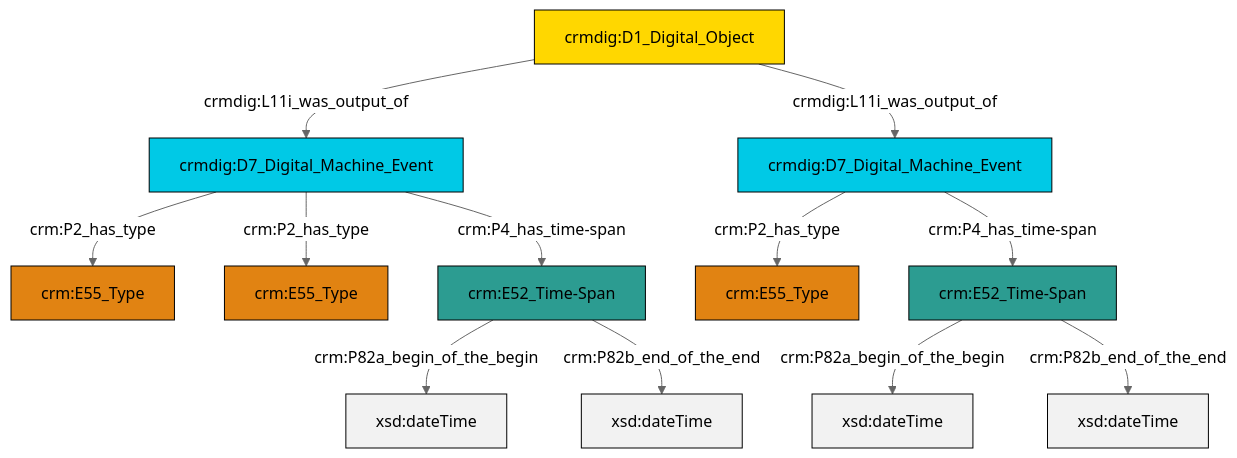
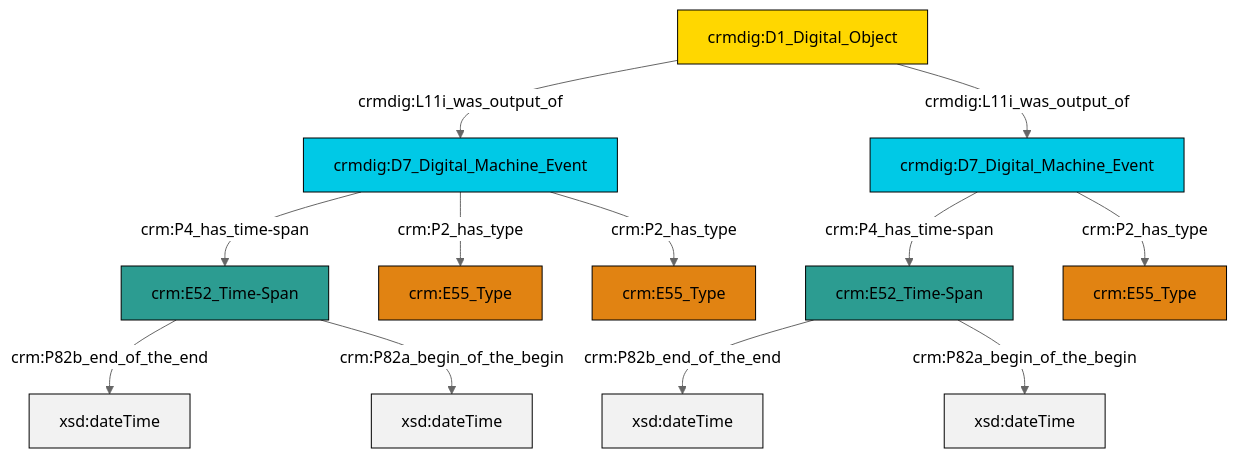
Before and after one commit to swiss-art-research-net/docs.swissartresearch: the diagram in et/doCSV/ttl/mmd/do_existence.ttl.mmd, drawn with Mermaid (neutral theme). The commit also changed 180 other files, not shown here.

```diff
--- a/et/doCSV/ttl/mmd/do_existence.ttl.mmd
+++ b/et/doCSV/ttl/mmd/do_existence.ttl.mmd
@@ -1,26 +1,26 @@
 graph TD
 classDef Literal fill:#f2f2f2,stroke:#000000;
 classDef CRM_Entity fill:#FFFFFF,stroke:#000000;
 classDef Temporal_Entity fill:#00C9E6, stroke:#000000;
 classDef Type fill:#E18312, stroke:#000000;
 classDef Time-Span fill:#2C9C91, stroke:#000000;
 classDef Appellation fill:#FFEB7F, stroke:#000000;
 classDef Place fill:#008836, stroke:#000000;
 classDef Persistent_Item fill:#B266B2, stroke:#000000;
 classDef Conceptual_Object fill:#FFD700, stroke:#000000;
 classDef Physical_Thing fill:#D2B48C, stroke:#000000;
 classDef Actor fill:#f58aad, stroke:#000000;
 classDef PC_Classes fill:#4ce600, stroke:#000000;
 classDef Multi fill:#cccccc,stroke:#000000;
 
-2["crmdig:D7_Digital_Machine_Event"]:::Temporal_Entity -->|crm:P2_has_type| 3["crm:E55_Type"]:::Type
-4["crm:E52_Time-Span"]:::Time-Span -->|crm:P82a_begin_of_the_begin| 5[xsd:dateTime]:::Literal
-7["crm:E52_Time-Span"]:::Time-Span -->|crm:P82a_begin_of_the_begin| 8[xsd:dateTime]:::Literal
-2["crmdig:D7_Digital_Machine_Event"]:::Temporal_Entity -->|crm:P4_has_time-span| 7["crm:E52_Time-Span"]:::Time-Span
-14["crmdig:D7_Digital_Machine_Event"]:::Temporal_Entity -->|crm:P2_has_type| 10["crm:E55_Type"]:::Type
-17["crmdig:D1_Digital_Object"]:::Conceptual_Object -->|crmdig:L11i_was_output_of| 14["crmdig:D7_Digital_Machine_Event"]:::Temporal_Entity
-14["crmdig:D7_Digital_Machine_Event"]:::Temporal_Entity -->|crm:P2_has_type| 0["crm:E55_Type"]:::Type
-4["crm:E52_Time-Span"]:::Time-Span -->|crm:P82b_end_of_the_end| 20[xsd:dateTime]:::Literal
-17["crmdig:D1_Digital_Object"]:::Conceptual_Object -->|crmdig:L11i_was_output_of| 2["crmdig:D7_Digital_Machine_Event"]:::Temporal_Entity
-7["crm:E52_Time-Span"]:::Time-Span -->|crm:P82b_end_of_the_end| 22[xsd:dateTime]:::Literal
-14["crmdig:D7_Digital_Machine_Event"]:::Temporal_Entity -->|crm:P4_has_time-span| 4["crm:E52_Time-Span"]:::Time-Span
+0["crmdig:D7_Digital_Machine_Event"]:::Temporal_Entity -->|crm:P4_has_time-span| 1["crm:E52_Time-Span"]:::Time-Span
+2["crmdig:D7_Digital_Machine_Event"]:::Temporal_Entity -->|crm:P4_has_time-span| 3["crm:E52_Time-Span"]:::Time-Span
+3["crm:E52_Time-Span"]:::Time-Span -->|crm:P82b_end_of_the_end| 4[xsd:dateTime]:::Literal
+1["crm:E52_Time-Span"]:::Time-Span -->|crm:P82b_end_of_the_end| 7[xsd:dateTime]:::Literal
+2["crmdig:D7_Digital_Machine_Event"]:::Temporal_Entity -->|crm:P2_has_type| 8["crm:E55_Type"]:::Type
+0["crmdig:D7_Digital_Machine_Event"]:::Temporal_Entity -->|crm:P2_has_type| 5["crm:E55_Type"]:::Type
+12["crmdig:D1_Digital_Object"]:::Conceptual_Object -->|crmdig:L11i_was_output_of| 2["crmdig:D7_Digital_Machine_Event"]:::Temporal_Entity
+3["crm:E52_Time-Span"]:::Time-Span -->|crm:P82a_begin_of_the_begin| 18[xsd:dateTime]:::Literal
+2["crmdig:D7_Digital_Machine_Event"]:::Temporal_Entity -->|crm:P2_has_type| 10["crm:E55_Type"]:::Type
+1["crm:E52_Time-Span"]:::Time-Span -->|crm:P82a_begin_of_the_begin| 19[xsd:dateTime]:::Literal
+12["crmdig:D1_Digital_Object"]:::Conceptual_Object -->|crmdig:L11i_was_output_of| 0["crmdig:D7_Digital_Machine_Event"]:::Temporal_Entity
```
